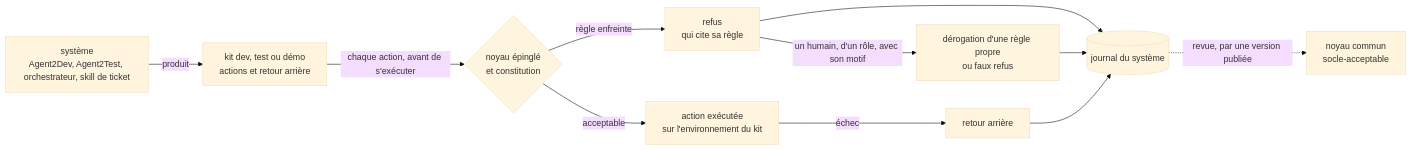
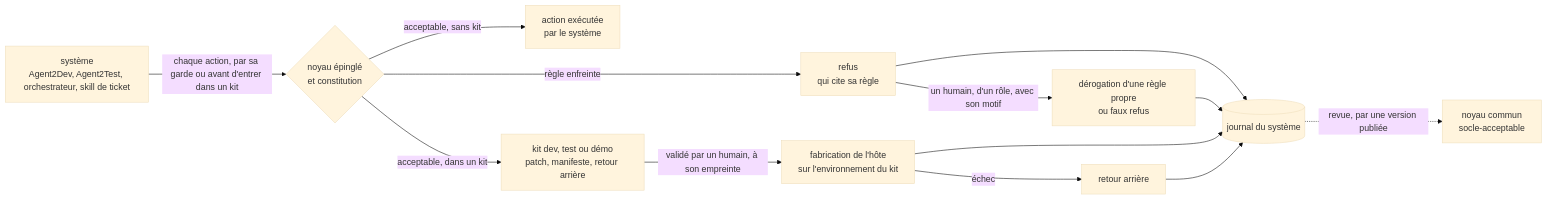
Before and after one commit to FredGarcia/Agent2Prompt: the diagram in specs/socle-acceptable/SKILL.md, drawn with Mermaid (base theme). The commit also changed other lines of this file and 86 other files, not shown here.

First line of the commit message:
spec(socle-acceptable, agent2dev, agent2test, agent-tdd-jira, scenario-playwright, orchestrateur-c7e, generateur-skill-ticket): versions 1.1.0, 1.4.0, 1.6.0, 1.3.8, 1.6.5, 3.8.3 et 1.4.3, le contrat des kits

````diff
--- a/specs/socle-acceptable/SKILL.md
+++ b/specs/socle-acceptable/SKILL.md
@@ -15,13 +15,15 @@
 ```mermaid
 flowchart LR
-  SYS["système<br/>Agent2Dev, Agent2Test, orchestrateur, skill de ticket"] -->|"produit"| KIT["kit dev, test ou démo<br/>actions et retour arrière"]
-  KIT -->|"chaque action, avant de s'exécuter"| CONF{"noyau épinglé<br/>et constitution"}
-  CONF -->|"acceptable"| ACT["action exécutée<br/>sur l'environnement du kit"]
+  SYS["système<br/>Agent2Dev, Agent2Test, orchestrateur, skill de ticket"] -->|"chaque action, par sa garde ou avant d'entrer dans un kit"| CONF{"noyau épinglé<br/>et constitution"}
+  CONF -->|"acceptable, sans kit"| ACT["action exécutée<br/>par le système"]
+  CONF -->|"acceptable, dans un kit"| KIT["kit dev, test ou démo<br/>patch, manifeste, retour arrière"]
   CONF -->|"règle enfreinte"| REF["refus<br/>qui cite sa règle"]
+  KIT -->|"validé par un humain, à son empreinte"| FAB["fabrication de l'hôte<br/>sur l'environnement du kit"]
   REF -->|"un humain, d'un rôle, avec son motif"| DER["dérogation d'une règle propre<br/>ou faux refus"]
-  ACT -->|"échec"| RET["retour arrière"]
+  FAB -->|"échec"| RET["retour arrière"]
   REF --> J[("journal du système")]
   DER --> J
+  FAB --> J
   RET --> J
   J -.->|"revue, par une version publiée"| NOY["noyau commun<br/>socle-acceptable"]
 ```
````
